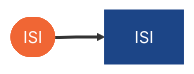
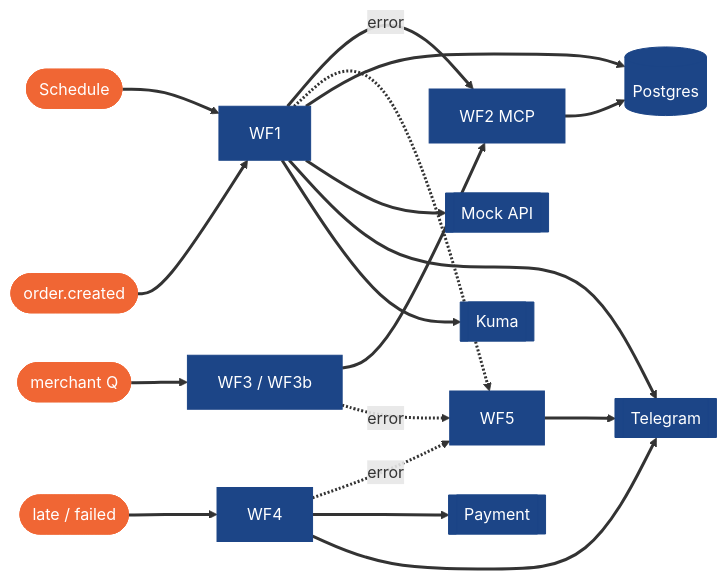
Before and after one commit to haniialfiyyaah/mart-ops: the diagram in docs/05-readme-solusi.md, drawn with Mermaid. The commit also changed other lines of this file and 4 other files, not shown here.

````diff
--- a/docs/05-readme-solusi.md
+++ b/docs/05-readme-solusi.md
@@ -10,18 +9,29 @@
 ```mermaid
 ---
 config:
   look: classic
   flowchart:
     subGraphTitleMargin:
       top: 12
       bottom: 12
 ---
 flowchart LR
-    A([ISI]) --> B[ISI]
+    S([Schedule]) --> WF1[WF1]
+    O([order.created]) --> WF1
+    E([late / failed]) --> WF4[WF4]
+    M([merchant Q]) --> WF3[WF3 / WF3b]
+    WF3 --> WF2[WF2 MCP]
+    WF1 --> WF2
+    WF1 & WF4 & WF3 -.error.-> WF5[WF5]
+    WF1 --> DB[(Postgres)]
+    WF2 --> DB
+    WF1 --> API[[Mock API]]
+    WF4 --> PAY[[Payment]]
+    WF1 & WF4 & WF5 --> TG[[Telegram]]
+    WF1 --> KUMA[[Kuma]]
     linkStyle default stroke-width:3px
     classDef navy fill:#1C4587,stroke:#1C4587,color:#FFFFFF
     classDef orange fill:#F06634,stroke:#F06634,color:#FFFFFF
-    classDef opt fill:none,stroke:#F06634,stroke-width:3px,stroke-dasharray:6 4
-    class A orange
-    class B navy
+    class S,O,E,M orange
+    class WF1,WF2,WF3,WF4,WF5,DB,API,PAY,TG,KUMA navy
 ```
````
